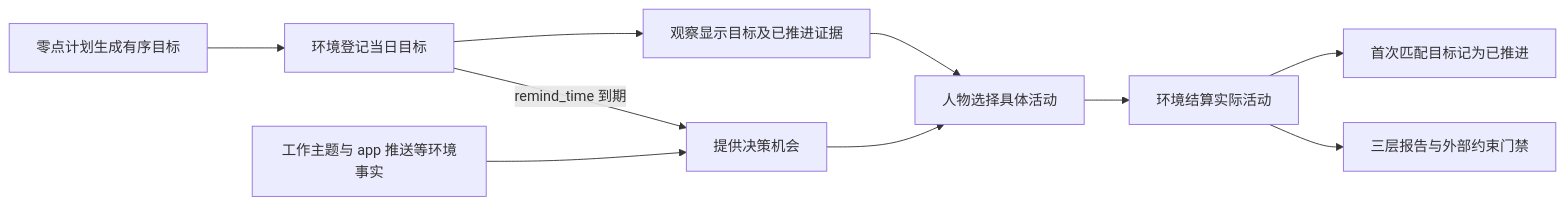
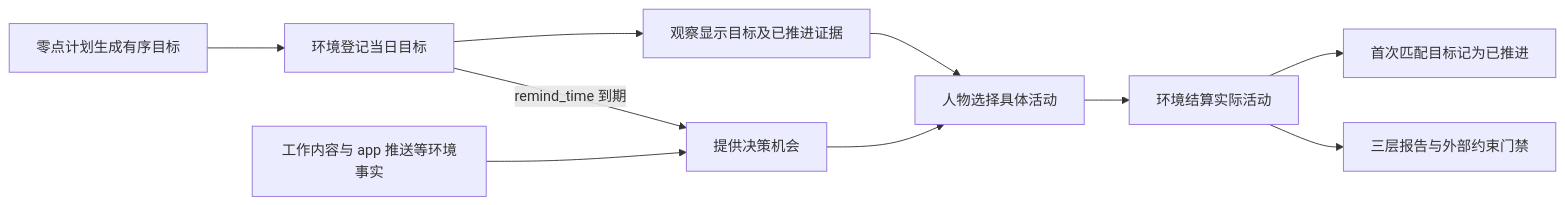
One commit to HoldThatThgt/WorldMock changed the first of 2 diagrams in docs/dev/SPEC-day-plan-goals.md. Above: the diagram before and after it, drawn with Mermaid. The commit also changed other lines of this file and 43 other files, not shown here.

````diff
--- a/docs/dev/SPEC-day-plan-goals.md
+++ b/docs/dev/SPEC-day-plan-goals.md
@@ -60,12 +60,12 @@
 ```mermaid
 flowchart LR
     P[零点计划生成有序目标] --> R[环境登记当日目标]
     R --> O[观察显示目标及已推进证据]
     O --> A[人物选择具体活动]
     A --> S[环境结算实际活动]
     S --> G[首次匹配目标记为已推进]
-    E[工作主题与 app 推送等环境事实] --> W[提供决策机会]
+    E[工作内容与 app 推送等环境事实] --> W[提供决策机会]
     R -->|remind_time 到期| W
     W --> A
     S --> Q[三层报告与外部约束门禁]
 ```
````
